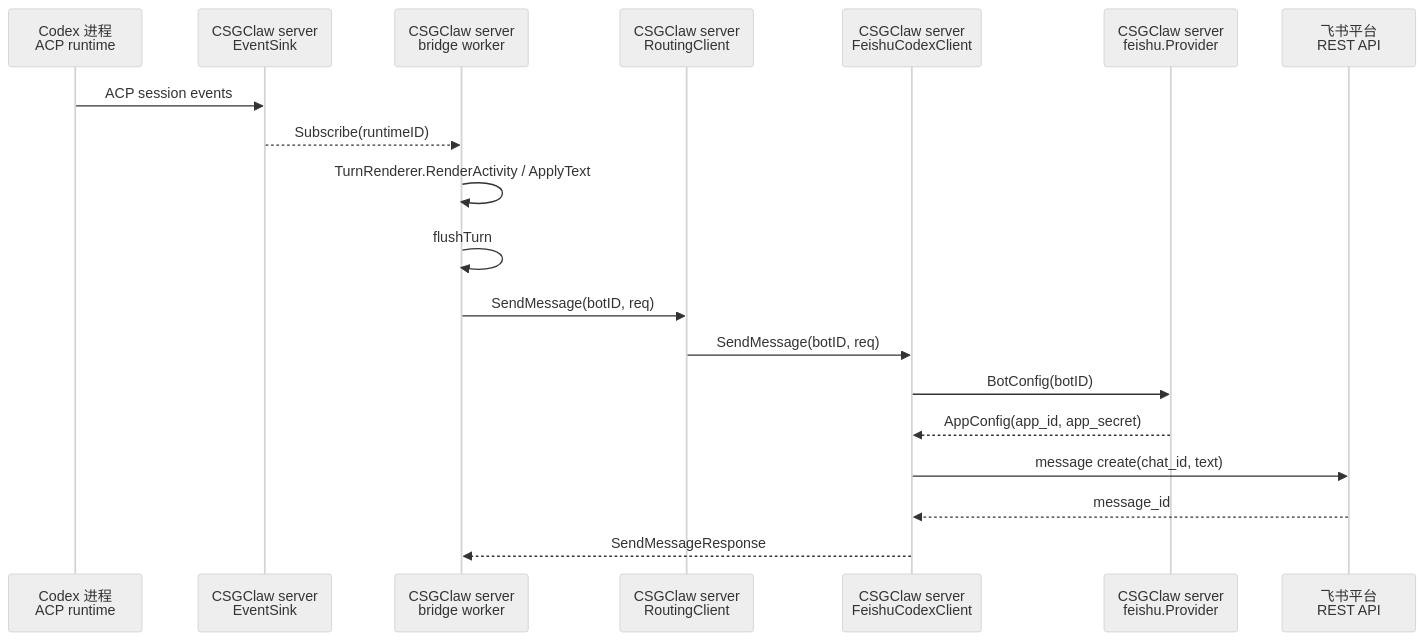
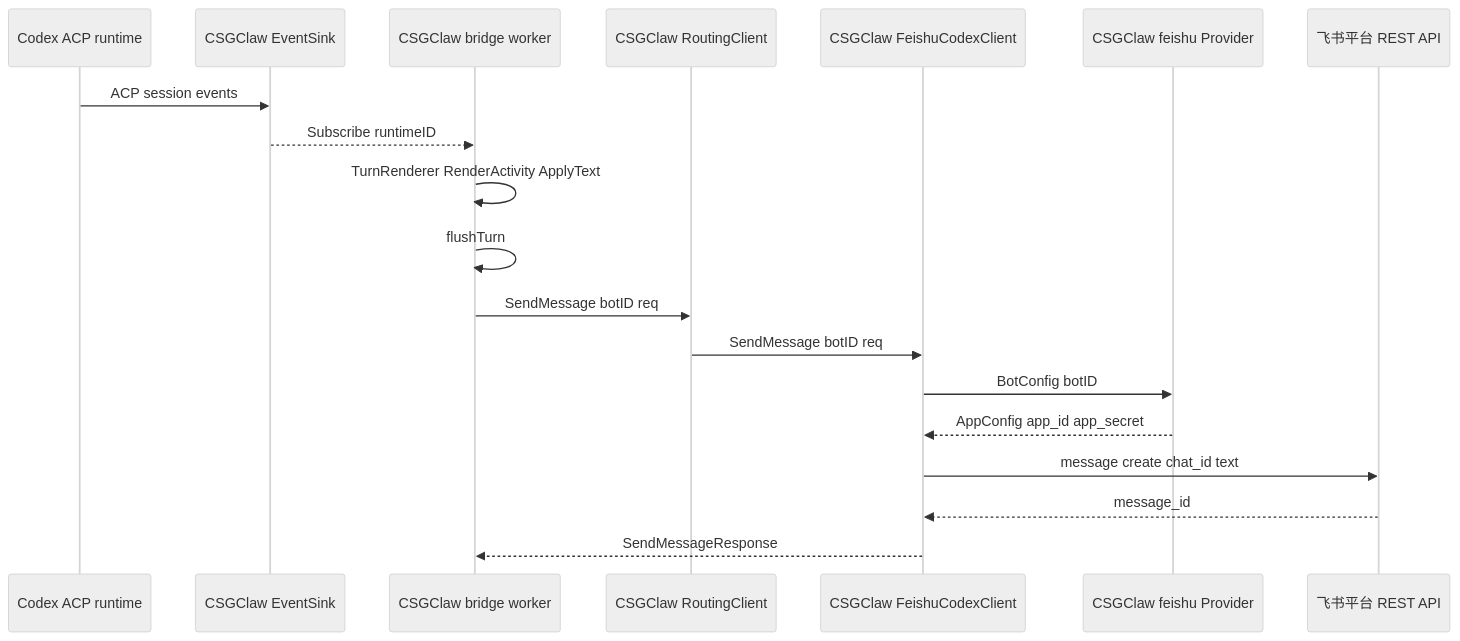
One commit to GatewayJ/csgclaw changed diagram 11 of 12 in docs/channel/codex-feishu.zh.md. Above: the diagram before and after it, drawn with Mermaid (neutral theme). The commit also changed other lines of this file, not shown here.

Commit message:
docs: simplify mermaid sequence syntax

````diff
--- a/docs/channel/codex-feishu.zh.md
+++ b/docs/channel/codex-feishu.zh.md
@@ -511,22 +513,22 @@
 ```mermaid
 sequenceDiagram
-    participant Codex as Codex 进程<br/>ACP runtime
-    participant Events as CSGClaw server<br/>EventSink
-    participant Worker as CSGClaw server<br/>bridge worker
-    participant Router as CSGClaw server<br/>RoutingClient
-    participant Client as CSGClaw server<br/>FeishuCodexClient
-    participant Provider as CSGClaw server<br/>feishu.Provider
-    participant Feishu as 飞书平台<br/>REST API
+    participant Codex as Codex ACP runtime
+    participant Events as CSGClaw EventSink
+    participant Worker as CSGClaw bridge worker
+    participant Router as CSGClaw RoutingClient
+    participant Client as CSGClaw FeishuCodexClient
+    participant Provider as CSGClaw feishu Provider
+    participant Feishu as 飞书平台 REST API
 
     Codex->>Events: ACP session events
-    Events-->>Worker: Subscribe(runtimeID)
-    Worker->>Worker: TurnRenderer.RenderActivity / ApplyText
+    Events-->>Worker: Subscribe runtimeID
+    Worker->>Worker: TurnRenderer RenderActivity ApplyText
     Worker->>Worker: flushTurn
-    Worker->>Router: SendMessage(botID, req)
-    Router->>Client: SendMessage(botID, req)
-    Client->>Provider: BotConfig(botID)
-    Provider-->>Client: AppConfig(app_id, app_secret)
-    Client->>Feishu: message create(chat_id, text)
+    Worker->>Router: SendMessage botID req
+    Router->>Client: SendMessage botID req
+    Client->>Provider: BotConfig botID
+    Provider-->>Client: AppConfig app_id app_secret
+    Client->>Feishu: message create chat_id text
     Feishu-->>Client: message_id
     Client-->>Worker: SendMessageResponse
 ```
````
